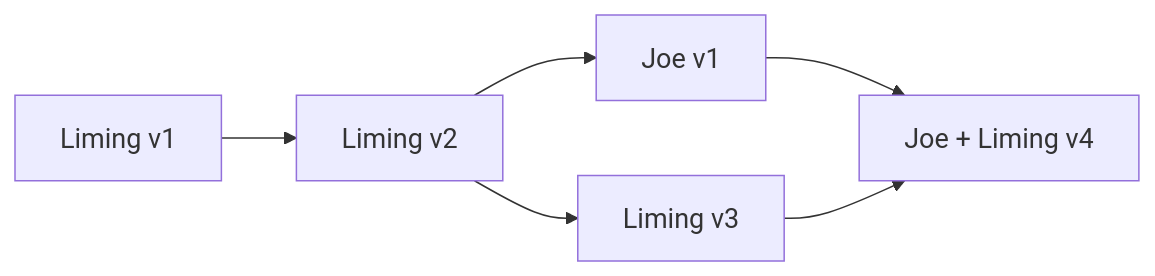
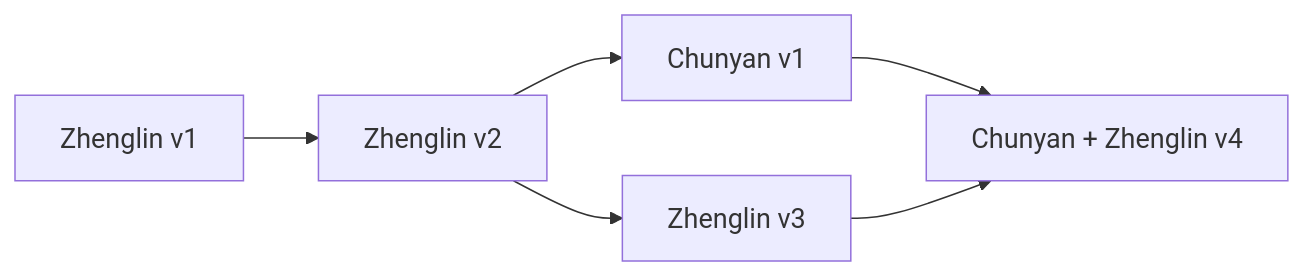
Before and after one commit to pharmarug/pharmasug2025-r-workshop: the first of 6 diagrams in slides/05_collaboration.qmd, drawn with Mermaid. The commit also changed other lines of this file and 1 other file, not shown here.

Commit message:
update slides 04 05

````diff
--- a/slides/05_collaboration.qmd
+++ b/slides/05_collaboration.qmd
@@ -72,8 +72,8 @@
 ```{mermaid}
 flowchart LR
-  A[<font size=4> Liming v1] --> B[<font size=4> Liming v2]
-  B --> C[<font size=4> Liming v3]
-  B --> D[<font size=4> Joe v1]
-  D --> E[<font size=4> Joe + Liming v4]
+  A[<font size=4> Zhenglin v1] --> B[<font size=4> Zhenglin v2]
+  B --> C[<font size=4> Zhenglin v3]
+  B --> D[<font size=4> Chunyan v1]
+  D --> E[<font size=4> Chunyan + Zhenglin v4]
   C --> E
 ```
````
